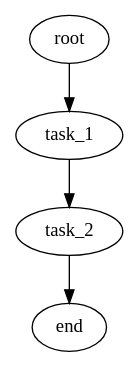
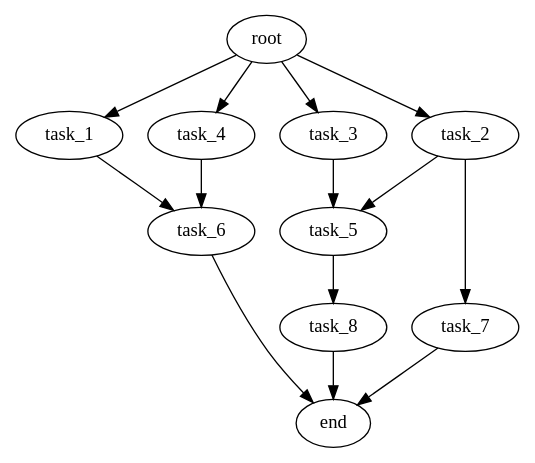
Before and after one commit to Ksenia-C/dslab: the diagram in tools/dag_gen/gen_multithread_program_tmp/one_thread.dot, drawn with Graphviz. The commit also changed 12 other files, not shown here.

```diff
--- a/tools/dag_gen/gen_multithread_program_tmp/one_thread.dot
+++ b/tools/dag_gen/gen_multithread_program_tmp/one_thread.dot
@@ -1,10 +1,26 @@
 digraph G {
-  root [size="0.000000e+00"];
+  root [size="1.000000e+00"];
   task_1 [size="2.129140e+01"];
   task_2 [size="1.540917e+01"];
-  end [size="0.000000e+00"];
+  task_3 [size="7.874991e+00"];
+  task_4 [size="5.117865e+01"];
+  task_5 [size="2.390834e+01"];
+  task_6 [size="2.207151e+01"];
+  task_7 [size="4.554602e+01"];
+  task_8 [size="3.883260e+01"];
+  end [size="1.000000e+00"];
 
   root -> task_1 [size="1.000000e-12"];
-  task_1 -> task_2 [size="2.003192e+01"];
-  task_2 -> end [size="1.000000e-12"];
+  root -> task_2 [size="1.000000e-12"];
+  root -> task_3 [size="1.000000e-12"];
+  root -> task_4 [size="1.000000e-12"];
+  task_1 -> task_6 [size="1.434648e+01"];
+  task_2 -> task_5 [size="1.554042e+01"];
+  task_2 -> task_7 [size="5.920982e+01"];
+  task_3 -> task_5 [size="1.554042e+01"];
+  task_4 -> task_6 [size="1.434648e+01"];
+  task_5 -> task_8 [size="5.048238e+01"];
+  task_6 -> end [size="1.000000e-12"];
+  task_7 -> end [size="1.000000e-12"];
+  task_8 -> end [size="1.000000e-12"];
 }
```
